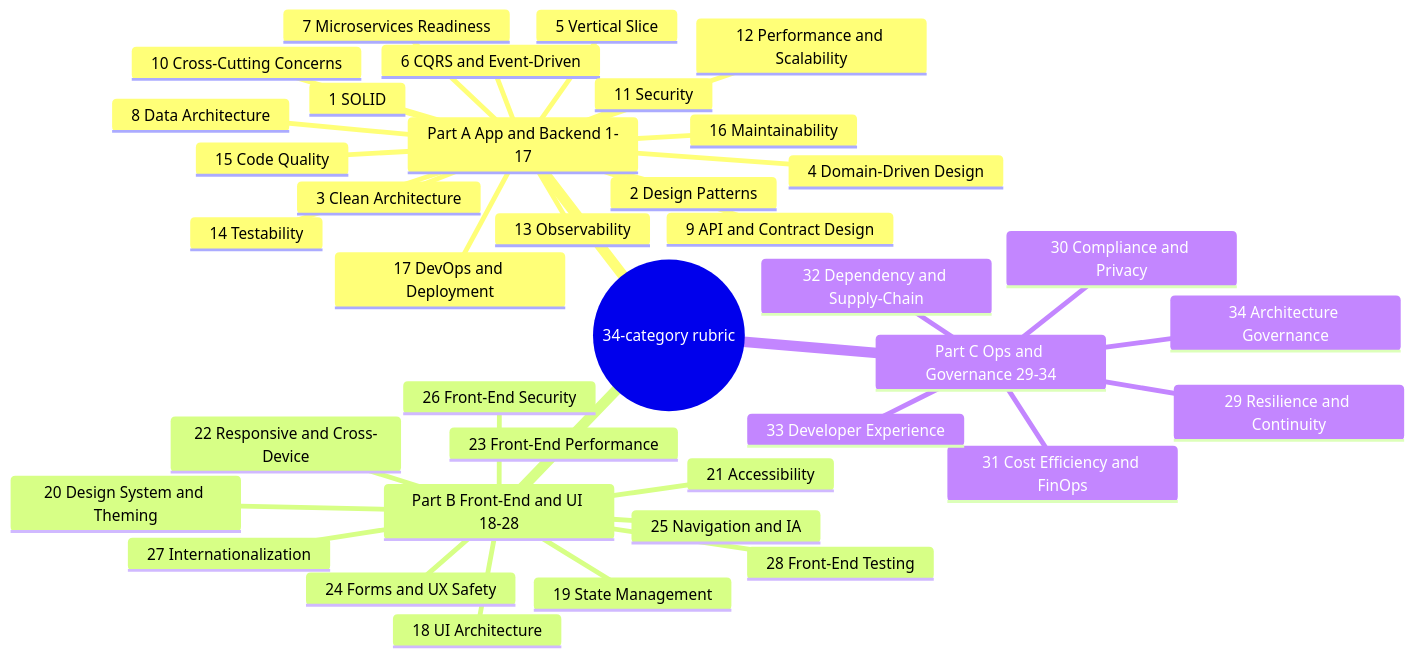
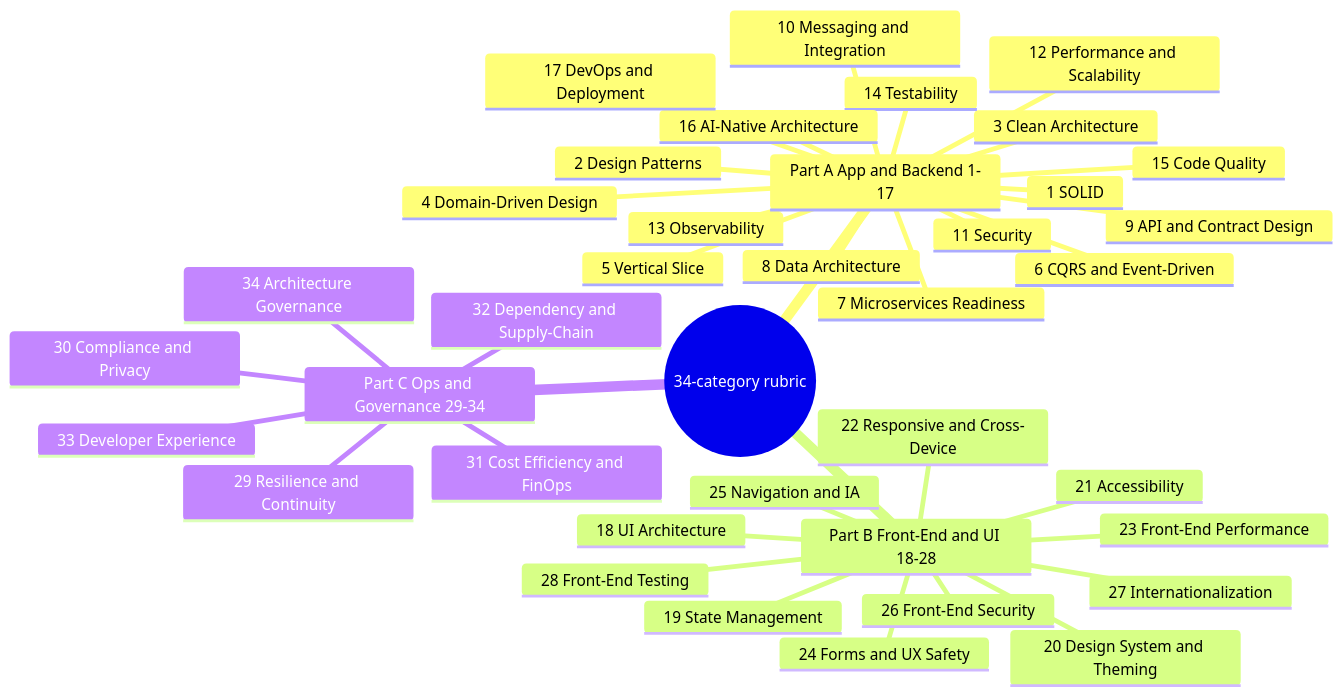
One commit to ivanball/ivanball.github.io changed diagram 14 of 15 in docs-src/onboarding/CONCEPT-MAPS.md. Above: the diagram before and after it, drawn with Mermaid. The commit also changed 63 other files, not shown here.

````diff
--- a/docs-src/onboarding/CONCEPT-MAPS.md
+++ b/docs-src/onboarding/CONCEPT-MAPS.md
@@ -838,41 +838,41 @@
 ```mermaid
 mindmap
   root(("34-category rubric"))
     Part A App and Backend 1-17
       1 SOLID
       2 Design Patterns
       3 Clean Architecture
       4 Domain-Driven Design
       5 Vertical Slice
       6 CQRS and Event-Driven
       7 Microservices Readiness
       8 Data Architecture
       9 API and Contract Design
-      10 Cross-Cutting Concerns
+      10 Messaging and Integration
       11 Security
       12 Performance and Scalability
       13 Observability
       14 Testability
       15 Code Quality
-      16 Maintainability
+      16 AI-Native Architecture
       17 DevOps and Deployment
     Part B Front-End and UI 18-28
       18 UI Architecture
       19 State Management
       20 Design System and Theming
       21 Accessibility
       22 Responsive and Cross-Device
       23 Front-End Performance
       24 Forms and UX Safety
       25 Navigation and IA
       26 Front-End Security
       27 Internationalization
       28 Front-End Testing
     Part C Ops and Governance 29-34
       29 Resilience and Continuity
       30 Compliance and Privacy
       31 Cost Efficiency and FinOps
       32 Dependency and Supply-Chain
       33 Developer Experience
       34 Architecture Governance
 ```
````
